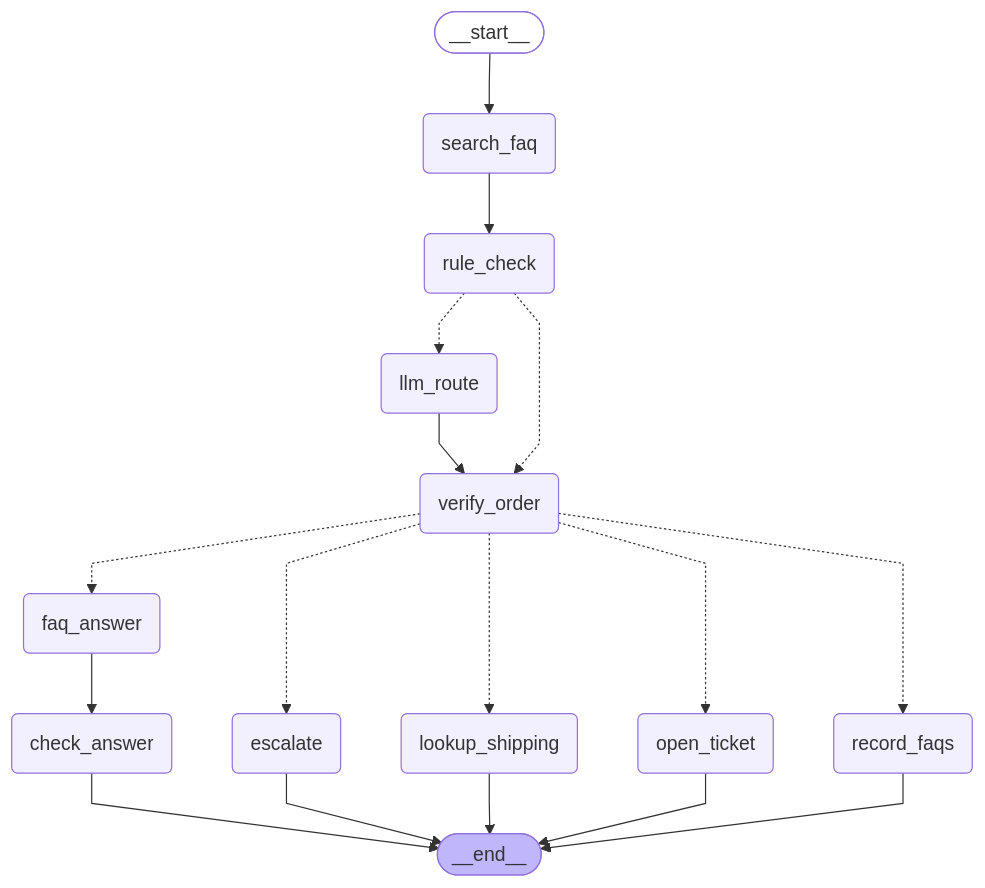
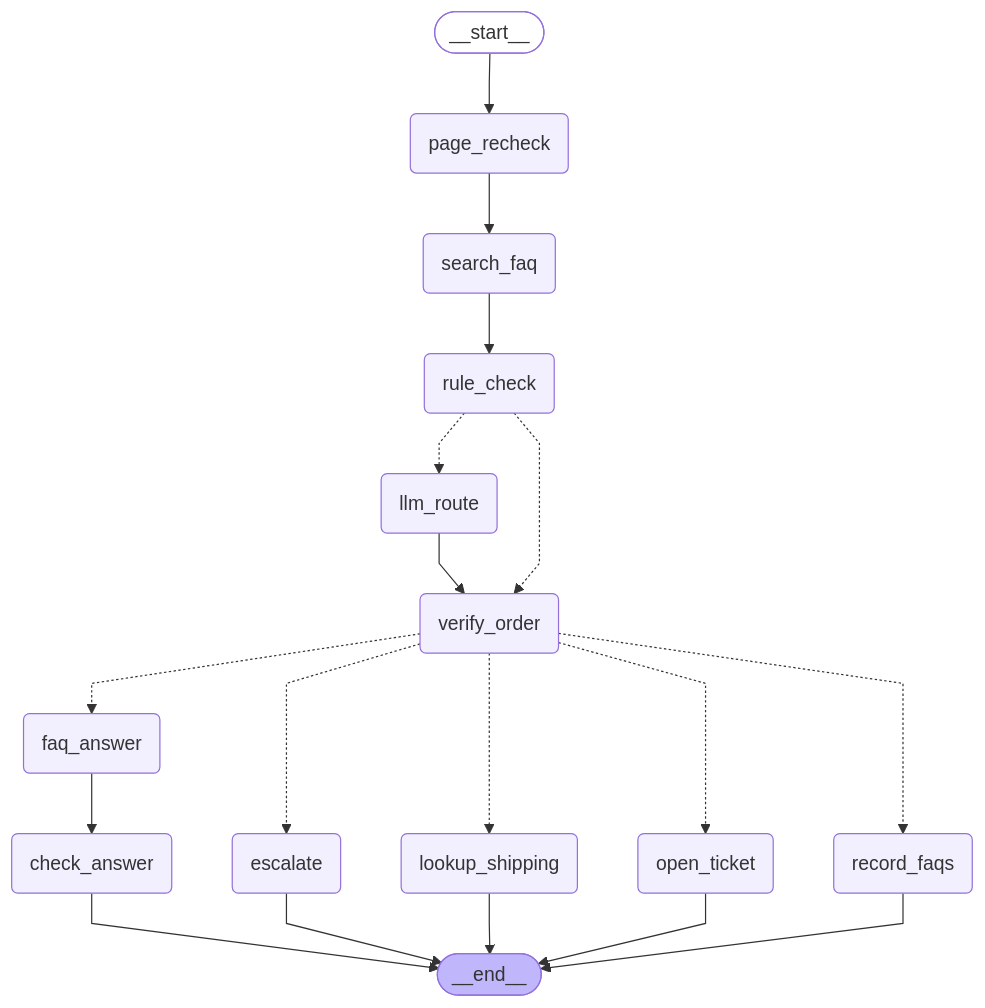
Before and after one commit to juhpark16-spe/InquAI: the diagram in docs/agent_graph.md, drawn with Mermaid. The commit also changed other lines of this file and 11 other files, not shown here.

````diff
--- a/docs/agent_graph.md
+++ b/docs/agent_graph.md
@@ -7,39 +7,41 @@
 ```mermaid
 ---
 config:
   flowchart:
     curve: linear
 ---
 graph TD;
 	__start__([<p>__start__</p>]):::first
+	page_recheck(page_recheck)
 	search_faq(search_faq)
 	rule_check(rule_check)
 	llm_route(llm_route)
 	verify_order(verify_order)
 	faq_answer(faq_answer)
 	check_answer(check_answer)
 	lookup_shipping(lookup_shipping)
 	open_ticket(open_ticket)
 	escalate(escalate)
 	record_faqs(record_faqs)
 	__end__([<p>__end__</p>]):::last
-	__start__ --> search_faq;
+	__start__ --> page_recheck;
 	faq_answer --> check_answer;
 	llm_route --> verify_order;
+	page_recheck --> search_faq;
 	rule_check -.-> llm_route;
 	rule_check -.-> verify_order;
 	search_faq --> rule_check;
 	verify_order -.-> escalate;
 	verify_order -.-> faq_answer;
 	verify_order -.-> lookup_shipping;
 	verify_order -.-> open_ticket;
 	verify_order -.-> record_faqs;
 	check_answer --> __end__;
 	escalate --> __end__;
 	lookup_shipping --> __end__;
 	open_ticket --> __end__;
 	record_faqs --> __end__;
 	classDef default fill:#f2f0ff,line-height:1.2
 	classDef first fill-opacity:0
 	classDef last fill:#bfb6fc
 ```
````
